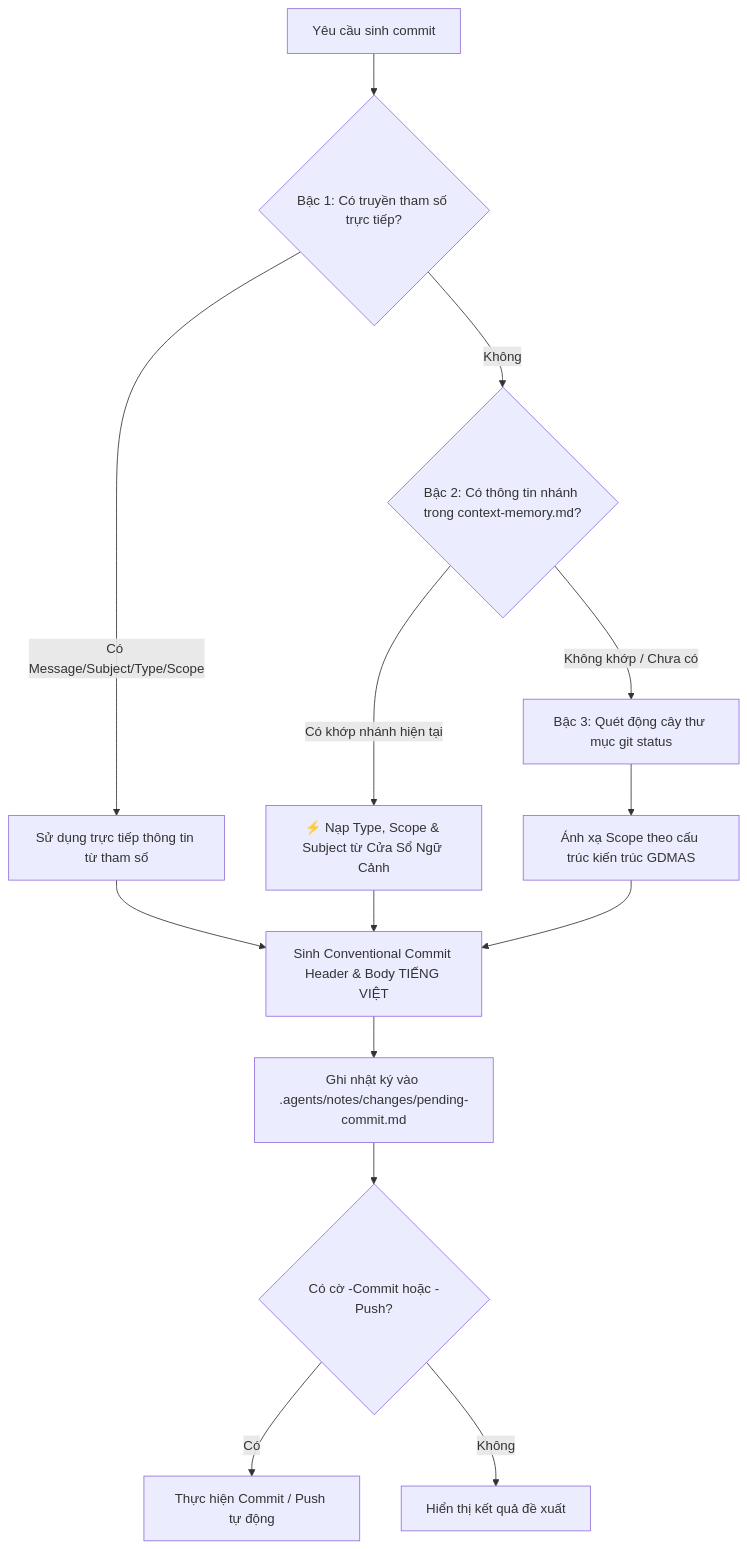
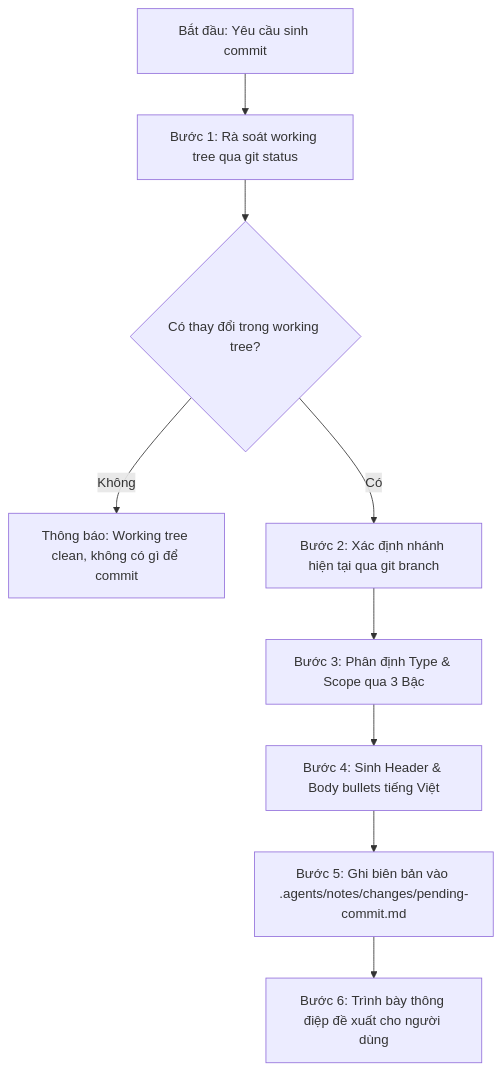
One commit to ThienleDuc/GDMAS changed the diagram in .claude/skills/generate-commit/SKILL.md. Above: the diagram before and after it, drawn with Mermaid. The commit also changed other lines of this file and 41 other files, not shown here.

First line of the commit message:
chore(skills): tái cấu trúc toàn bộ kỹ năng sang tài liệu hướng dẫn agent đơn tệp

````diff
--- a/.claude/skills/generate-commit/SKILL.md
+++ b/.claude/skills/generate-commit/SKILL.md
@@ -24,14 +24,11 @@
 ```mermaid
 flowchart TD
-    A[Yêu cầu sinh commit] --> B{Bậc 1: Có truyền tham số trực tiếp?}
-    B -- Có Message/Subject/Type/Scope --> C[Sử dụng trực tiếp thông tin từ tham số]
-    B -- Không --> D{Bậc 2: Có thông tin nhánh trong context-memory.md?}
-    D -- Có khớp nhánh hiện tại --> E[⚡ Nạp Type, Scope & Subject từ Cửa Sổ Ngữ Cảnh]
-    D -- Không khớp / Chưa có --> F[Bậc 3: Quét động cây thư mục git status]
-    F --> G[Ánh xạ Scope theo cấu trúc kiến trúc GDMAS]
-    C & E & G --> H[Sinh Conventional Commit Header & Body TIẾNG VIỆT]
-    H --> I[Ghi nhật ký vào .agents/notes/changes/pending-commit.md]
-    I --> J{Có cờ -Commit hoặc -Push?}
-    J -- Có --> K[Thực hiện Commit / Push tự động]
-    J -- Không --> L[Hiển thị kết quả đề xuất]
+    A[Bắt đầu: Yêu cầu sinh commit] --> B[Bước 1: Rà soát working tree qua git status]
+    B --> C{Có thay đổi trong working tree?}
+    C -- Không --> D[Thông báo: Working tree clean, không có gì để commit]
+    C -- Có --> E[Bước 2: Xác định nhánh hiện tại qua git branch]
+    E --> F[Bước 3: Phân định Type & Scope qua 3 Bậc]
+    F --> G[Bước 4: Sinh Header & Body bullets tiếng Việt]
+    G --> H[Bước 5: Ghi biên bản vào .agents/notes/changes/pending-commit.md]
+    H --> I[Bước 6: Trình bày thông điệp đề xuất cho người dùng]
 ```
````
